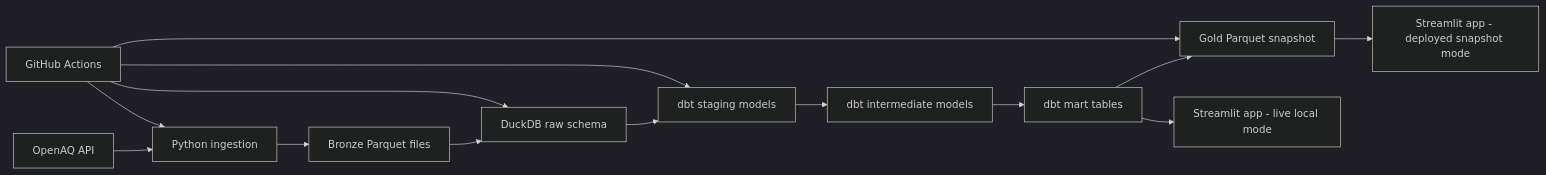
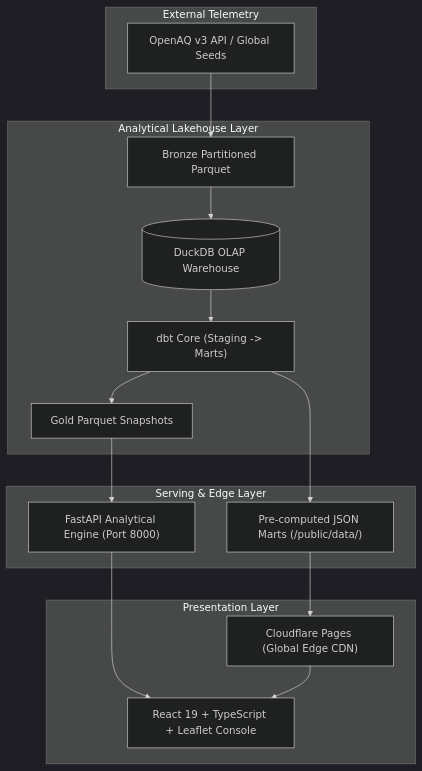
The diagram in README.md (Rahmman001/airpulse-air-quality-pipeline), drawn with Mermaid (dark theme) before and after one commit. The commit also changed other lines of this file and 97 other files, not shown here.

````diff
--- a/README.md
+++ b/README.md
@@ -25,16 +26,28 @@
 ```mermaid
-flowchart LR
-    A["OpenAQ API"] --> B["Python ingestion"]
-    B --> C["Bronze Parquet files"]
-    C --> D["DuckDB raw schema"]
-    D --> E["dbt staging models"]
-    E --> F["dbt intermediate models"]
-    F --> G["dbt mart tables"]
-    G --> H["Gold Parquet snapshot"]
-    G --> I["Streamlit app - live local mode"]
-    H --> J["Streamlit app - deployed snapshot mode"]
-    K["GitHub Actions"] --> B
-    K --> D
-    K --> E
-    K --> H
+flowchart TD
+    subgraph Sources ["External Telemetry"]
+        OpenAQ["OpenAQ v3 API / Global Seeds"]
+    end
+
+    subgraph Lakehouse ["Analytical Lakehouse Layer"]
+        Bronze["Bronze Partitioned Parquet"]
+        DuckDB[("DuckDB OLAP Warehouse")]
+        dbt["dbt Core (Staging -> Marts)"]
+        Snapshots["Gold Parquet Snapshots"]
+        OpenAQ --> Bronze --> DuckDB --> dbt --> Snapshots
+    end
+
+    subgraph Serving ["Serving & Edge Layer"]
+        FastAPI["FastAPI Analytical Engine (Port 8000)"]
+        StaticData["Pre-computed JSON Marts (/public/data/)"]
+        Snapshots --> FastAPI
+        dbt --> StaticData
+    end
+
+    subgraph Presentation ["Presentation Layer"]
+        CF_Pages["Cloudflare Pages (Global Edge CDN)"]
+        Browser["React 19 + TypeScript + Leaflet Console"]
+        FastAPI --> Browser
+        StaticData --> CF_Pages --> Browser
+    end
 ```
````
